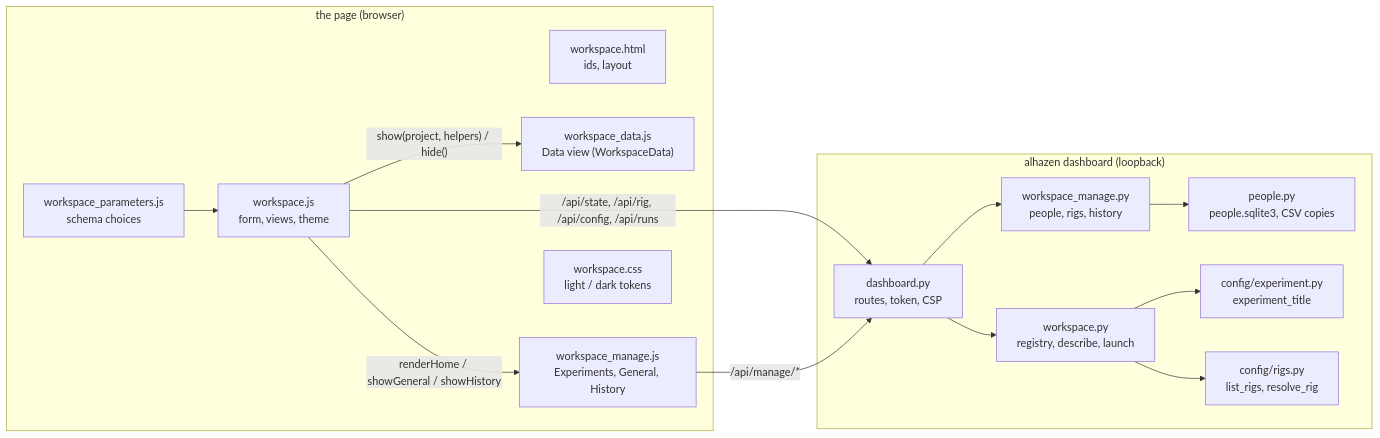
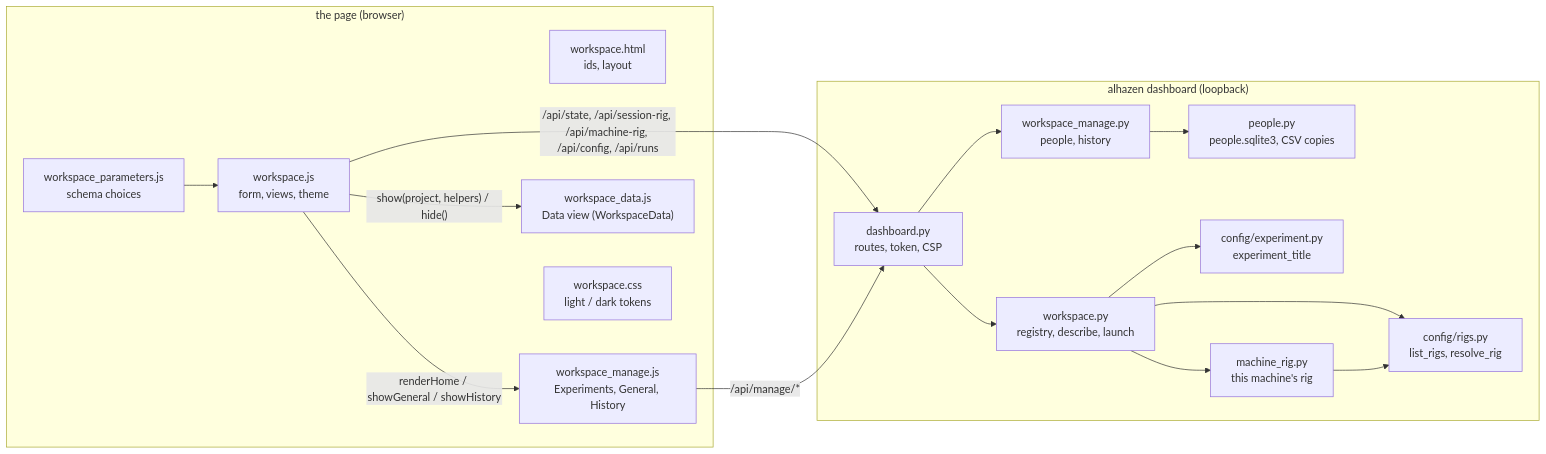
The first of 4 diagrams in docs/workspace.md (sh4r11f/alhazen), drawn with Mermaid before and after one commit. The commit also changed other lines of this file and 26 other files, not shown here.

First line of the commit message:
Dashboard: one rig per machine, changed per session and saved with it (#184)

````diff
--- a/docs/workspace.md
+++ b/docs/workspace.md
@@ -200,29 +200,32 @@
 ```mermaid
 flowchart LR
     subgraph browser["the page (browser)"]
         HTML["workspace.html<br/>ids, layout"]
         JS["workspace.js<br/>form, views, theme"]
         PJS["workspace_parameters.js<br/>schema choices"]
         DJS["workspace_data.js<br/>Data view (WorkspaceData)"]
         MJS["workspace_manage.js<br/>Experiments, General, History"]
         CSS["workspace.css<br/>light / dark tokens"]
     end
     subgraph server["alhazen dashboard (loopback)"]
         DASH["dashboard.py<br/>routes, token, CSP"]
         WS["workspace.py<br/>registry, describe, launch"]
-        MAN["workspace_manage.py<br/>people, rigs, history"]
+        MAN["workspace_manage.py<br/>people, history"]
+        MACH["machine_rig.py<br/>this machine's rig"]
         PEO["people.py<br/>people.sqlite3, CSV copies"]
         EXP["config/experiment.py<br/>experiment_title"]
         RIGS["config/rigs.py<br/>list_rigs, resolve_rig"]
     end
-    JS -- "/api/state, /api/rig, /api/config, /api/runs" --> DASH
+    JS -- "/api/state, /api/session-rig, /api/machine-rig, /api/config, /api/runs" --> DASH
     JS -- "show(project, helpers) / hide()" --> DJS
     JS -- "renderHome / showGeneral / showHistory" --> MJS
     MJS -- "/api/manage/*" --> DASH
     DASH --> MAN
     MAN --> PEO
     PJS --> JS
     DASH --> WS
     WS --> EXP
     WS --> RIGS
+    WS --> MACH
+    MACH --> RIGS
 ```
````
